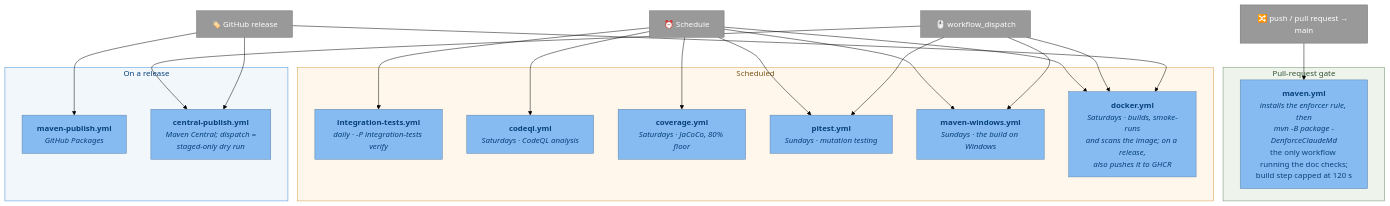
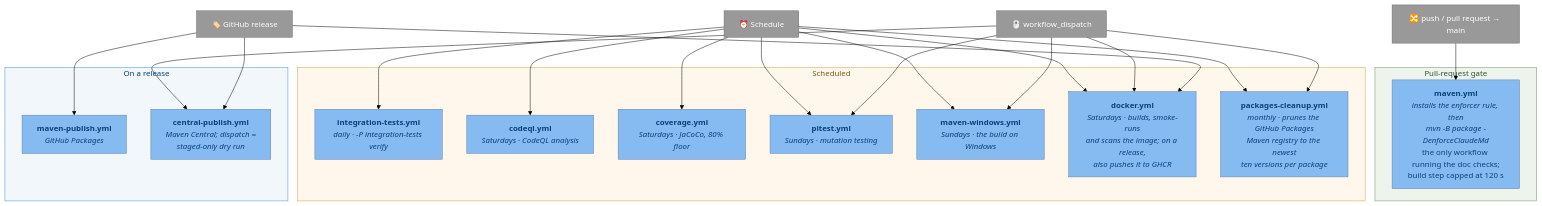
The tenth of 10 diagrams in docs/c4-architecture.md (adamw7/tools), drawn with Mermaid (forest theme) before and after one commit. The commit also changed 3 other files, not shown here.

````diff
--- a/docs/c4-architecture.md
+++ b/docs/c4-architecture.md
@@ -719,48 +719,51 @@
 ```mermaid
 flowchart TB
     pr["🔀 push / pull request → main"]
     sched["⏰ Schedule"]
     manual["🖱️ workflow_dispatch"]
     rel["🏷️ GitHub release"]
 
     subgraph gate ["Pull-request gate"]
         mavenWf["<b>maven.yml</b><br/><i>installs the enforcer rule, then<br/>mvn -B package -DenforceClaudeMd</i><br/>the only workflow running the doc checks;<br/>build step capped at 120 s"]
     end
 
     subgraph scheduled ["Scheduled"]
         itWf["<b>integration-tests.yml</b><br/><i>daily · -P integration-tests verify</i>"]
         codeqlWf["<b>codeql.yml</b><br/><i>Saturdays · CodeQL analysis</i>"]
         covWf["<b>coverage.yml</b><br/><i>Saturdays · JaCoCo, 80% floor</i>"]
         pitWf["<b>pitest.yml</b><br/><i>Sundays · mutation testing</i>"]
         winWf["<b>maven-windows.yml</b><br/><i>Sundays · the build on Windows</i>"]
         dockerWf["<b>docker.yml</b><br/><i>Saturdays · builds, smoke-runs<br/>and scans the image; on a release,<br/>also pushes it to GHCR</i>"]
+        pkgCleanWf["<b>packages-cleanup.yml</b><br/><i>monthly · prunes the GitHub Packages<br/>Maven registry to the newest<br/>ten versions per package</i>"]
     end
 
     subgraph publish ["On a release"]
         ghPkg["<b>maven-publish.yml</b><br/><i>GitHub Packages</i>"]
         central["<b>central-publish.yml</b><br/><i>Maven Central; dispatch =<br/>staged-only dry run</i>"]
     end
 
     pr --> mavenWf
     sched --> itWf
     sched --> codeqlWf
     sched --> covWf
     sched --> pitWf
     sched --> winWf
     sched --> dockerWf
+    sched --> pkgCleanWf
     manual --> pitWf
     manual --> winWf
     manual --> dockerWf
+    manual --> pkgCleanWf
     manual --> central
     rel --> dockerWf
     rel --> ghPkg
     rel --> central
 
     classDef comp fill:#85bbf0,stroke:#5d82a8,color:#08427b
     classDef ext fill:#999999,stroke:#6b6b6b,color:#fff
-    class mavenWf,dockerWf,codeqlWf,itWf,covWf,pitWf,winWf,ghPkg,central comp
+    class mavenWf,dockerWf,codeqlWf,itWf,covWf,pitWf,winWf,pkgCleanWf,ghPkg,central comp
     class pr,sched,manual,rel ext
     style gate fill:#eef4ec,stroke:#6b8e6b,color:#2f5230
     style scheduled fill:#fff7ec,stroke:#d59a43,color:#7a5418
     style publish fill:#f2f7fc,stroke:#438dd5,color:#08427b
 ```
````
